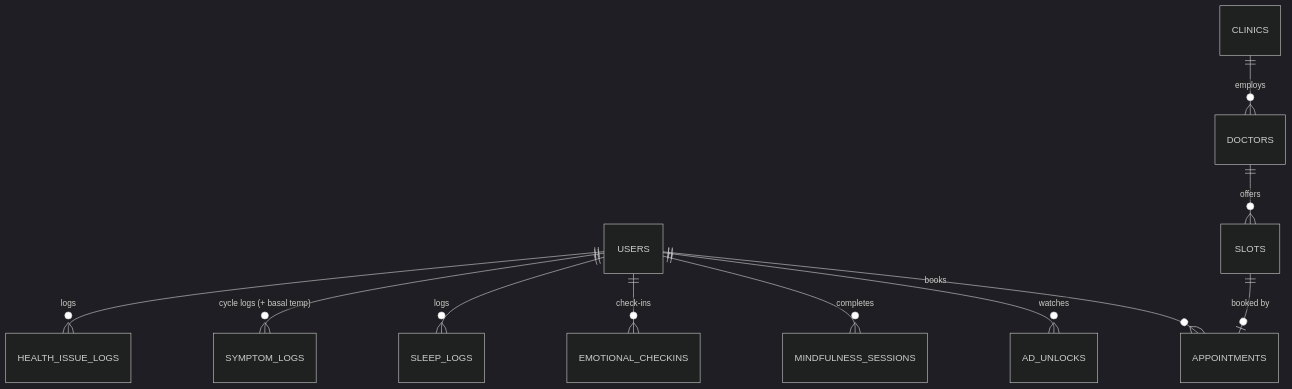
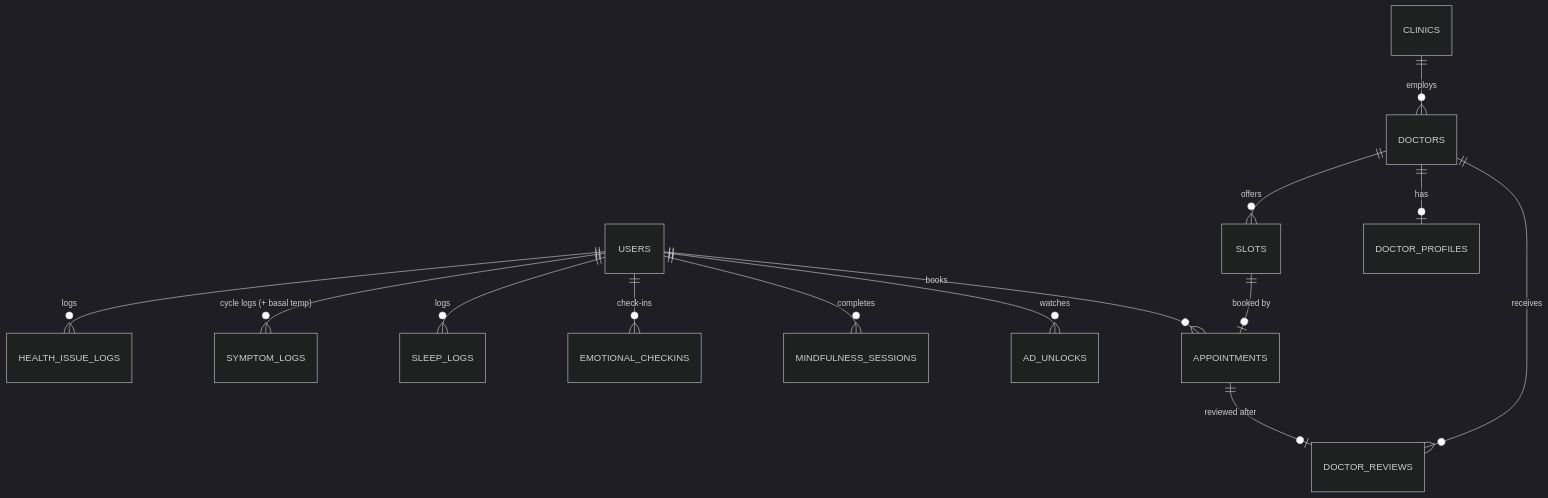
One commit to Noshin-Arthi/her-aura changed the second of 12 diagrams in docs/KNOWLEDGE_BASE.md. Above: the diagram before and after it, drawn with Mermaid (dark theme). The commit also changed other lines of this file and 2 other files, not shown here.

````diff
--- a/docs/KNOWLEDGE_BASE.md
+++ b/docs/KNOWLEDGE_BASE.md
@@ -242,13 +248,16 @@
 ```mermaid
 erDiagram
     USERS ||--o{ HEALTH_ISSUE_LOGS : logs
     USERS ||--o{ SYMPTOM_LOGS : "cycle logs (+ basal temp)"
     USERS ||--o{ SLEEP_LOGS : logs
     USERS ||--o{ EMOTIONAL_CHECKINS : "check-ins"
     USERS ||--o{ MINDFULNESS_SESSIONS : completes
     USERS ||--o{ AD_UNLOCKS : watches
     USERS ||--o{ APPOINTMENTS : books
     CLINICS ||--o{ DOCTORS : employs
     DOCTORS ||--o{ SLOTS : offers
     SLOTS ||--o| APPOINTMENTS : "booked by"
+    DOCTORS ||--o| DOCTOR_PROFILES : has
+    DOCTORS ||--o{ DOCTOR_REVIEWS : receives
+    APPOINTMENTS ||--o| DOCTOR_REVIEWS : "reviewed after"
 ```
````
